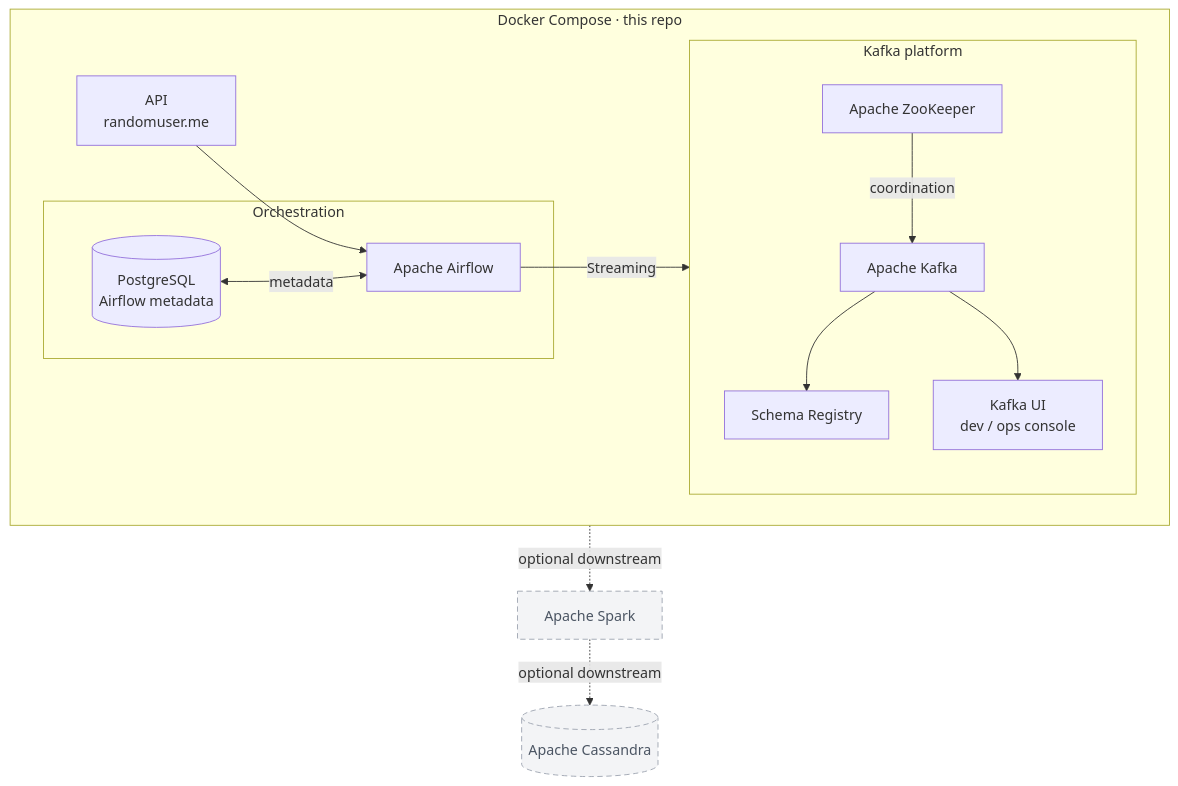
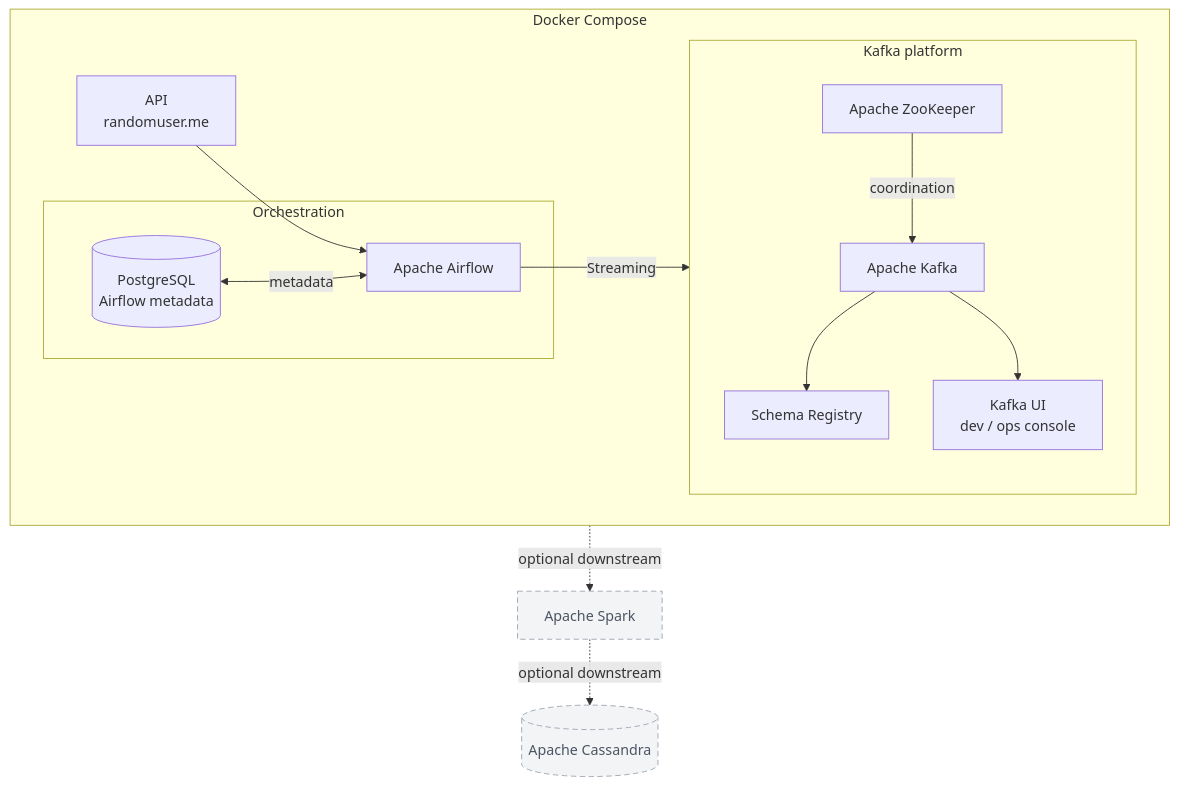
One commit to prasadhegde001/kafka-airflow-random-user-api changed the diagram in README.md. Above: the diagram before and after it, drawn with Mermaid.

````diff
--- a/README.md
+++ b/README.md
@@ -13,36 +13,36 @@
 ```mermaid
 flowchart TB
     classDef optional fill:#f3f4f6,stroke:#9ca3af,stroke-dasharray: 6 4,color:#4b5563
 
-    subgraph DOCKER["Docker Compose · this repo"]
+    subgraph DOCKER["Docker Compose"]
         direction LR
 
         API["API<br/>randomuser.me"]
 
         subgraph ORCH["Orchestration"]
             AF["Apache Airflow"]
             PG[("PostgreSQL<br/>Airflow metadata")]
         end
 
         API --> AF
         PG <-->|metadata| AF
 
         subgraph KAFKA_PLATFORM["Kafka platform"]
             direction TB
             ZK["Apache ZooKeeper"]
             K["Apache Kafka"]
             ZK -->|coordination| K
             SR["Schema Registry"]
             CC["Kafka UI<br/>dev / ops console"]
             K --> SR
             K --> CC
         end
 
         AF -->|Streaming| K
     end
 
     K -.->|optional downstream| SPARK["Apache Spark"]
     SPARK -.->|optional downstream| CAS[("Apache Cassandra")]
 
     class SPARK,CAS optional
 ```
````
